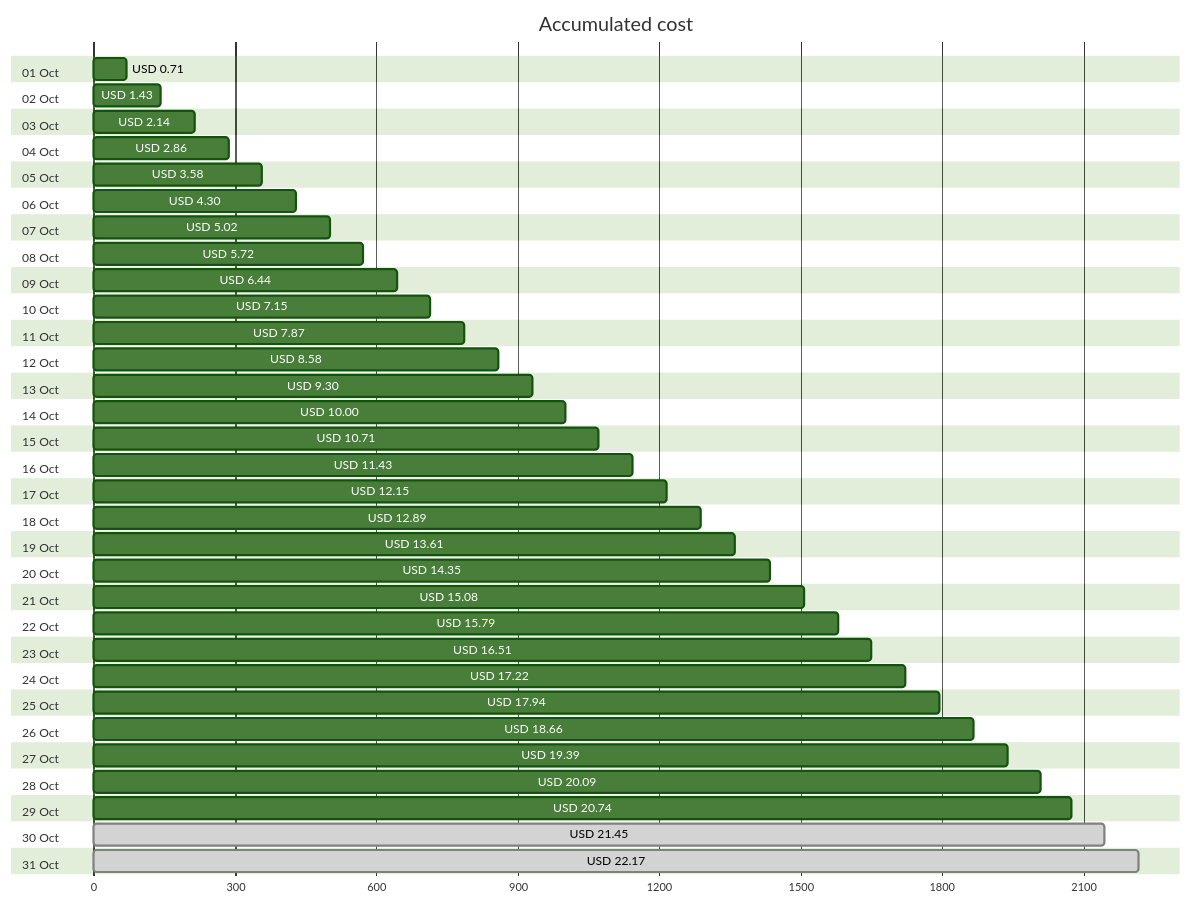
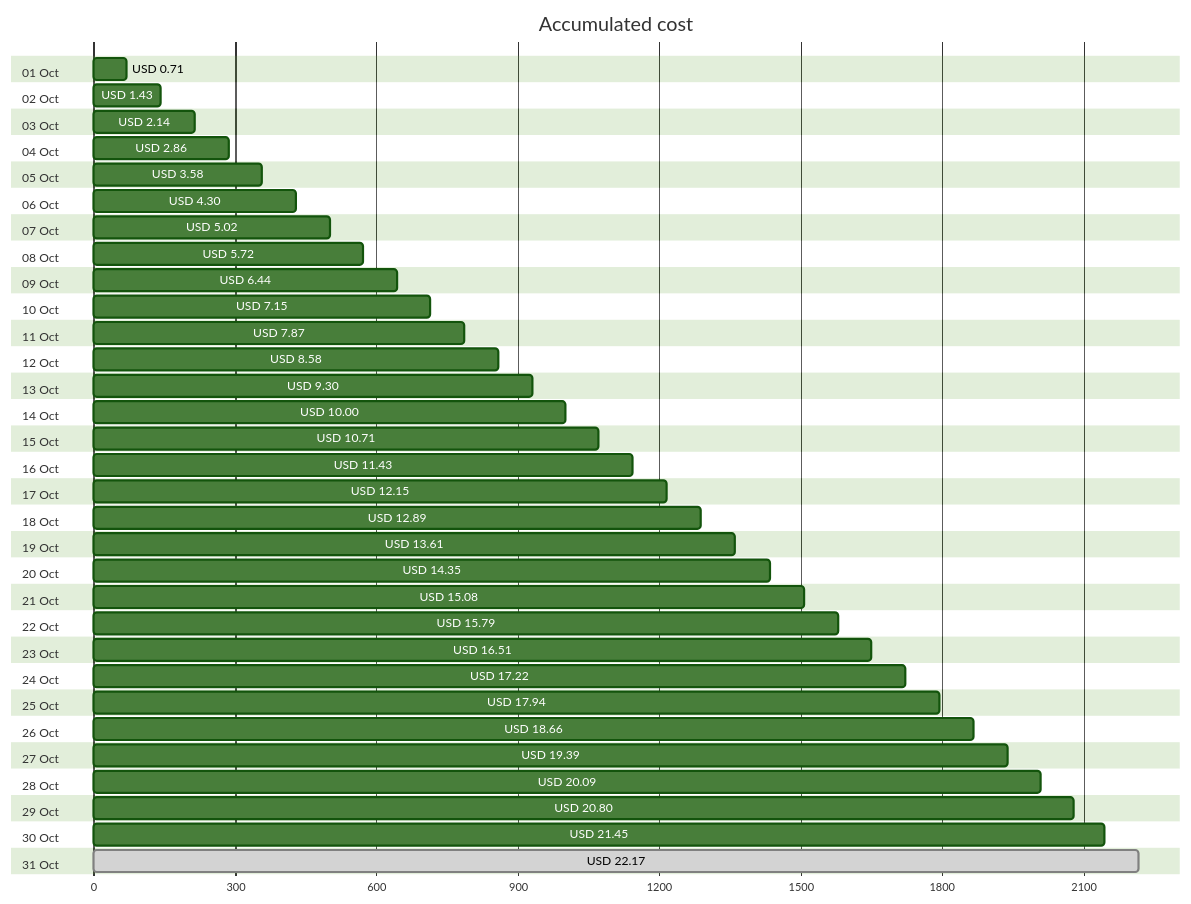
Before and after one commit to jpfulton/azure-personal-reports: the first of 4 diagrams in cost-reports/personal-network/backup-server-data-disk.md, drawn with Mermaid (forest theme). The commit also changed other lines of this file and 8 other files, not shown here.

````diff
--- a/cost-reports/personal-network/backup-server-data-disk.md
+++ b/cost-reports/personal-network/backup-server-data-disk.md
@@ -20,68 +20,68 @@
 ```mermaid
 gantt
    title Accumulated cost
    dateFormat  X
    axisFormat %s
    section 01 Oct
    USD 0.71 :0, 71
    section 02 Oct
    USD 1.43 :0, 143
    section 03 Oct
    USD 2.14 :0, 214
    section 04 Oct
    USD 2.86 :0, 286
    section 05 Oct
    USD 3.58 :0, 358
    section 06 Oct
    USD 4.30 :0, 430
    section 07 Oct
    USD 5.02 :0, 502
    section 08 Oct
    USD 5.72 :0, 572
    section 09 Oct
    USD 6.44 :0, 644
    section 10 Oct
    USD 7.15 :0, 715
    section 11 Oct
    USD 7.87 :0, 787
    section 12 Oct
    USD 8.58 :0, 858
    section 13 Oct
    USD 9.30 :0, 930
    section 14 Oct
    USD 10.00 :0, 1000
    section 15 Oct
    USD 10.71 :0, 1071
    section 16 Oct
    USD 11.43 :0, 1143
    section 17 Oct
    USD 12.15 :0, 1215
    section 18 Oct
    USD 12.89 :0, 1289
    section 19 Oct
    USD 13.61 :0, 1361
    section 20 Oct
    USD 14.35 :0, 1435
    section 21 Oct
    USD 15.08 :0, 1508
    section 22 Oct
    USD 15.79 :0, 1579
    section 23 Oct
    USD 16.51 :0, 1651
    section 24 Oct
    USD 17.22 :0, 1722
    section 25 Oct
    USD 17.94 :0, 1794
    section 26 Oct
    USD 18.66 :0, 1866
    section 27 Oct
    USD 19.39 :0, 1939
    section 28 Oct
    USD 20.09 :0, 2009
    section 29 Oct
-   USD 20.74 :0, 2074
+   USD 20.80 :0, 2080
    section 30 Oct
-   USD 21.45 : done, 0, 2145
+   USD 21.45 :0, 2145
    section 31 Oct
    USD 22.17 : done, 0, 2217
 ```
````
